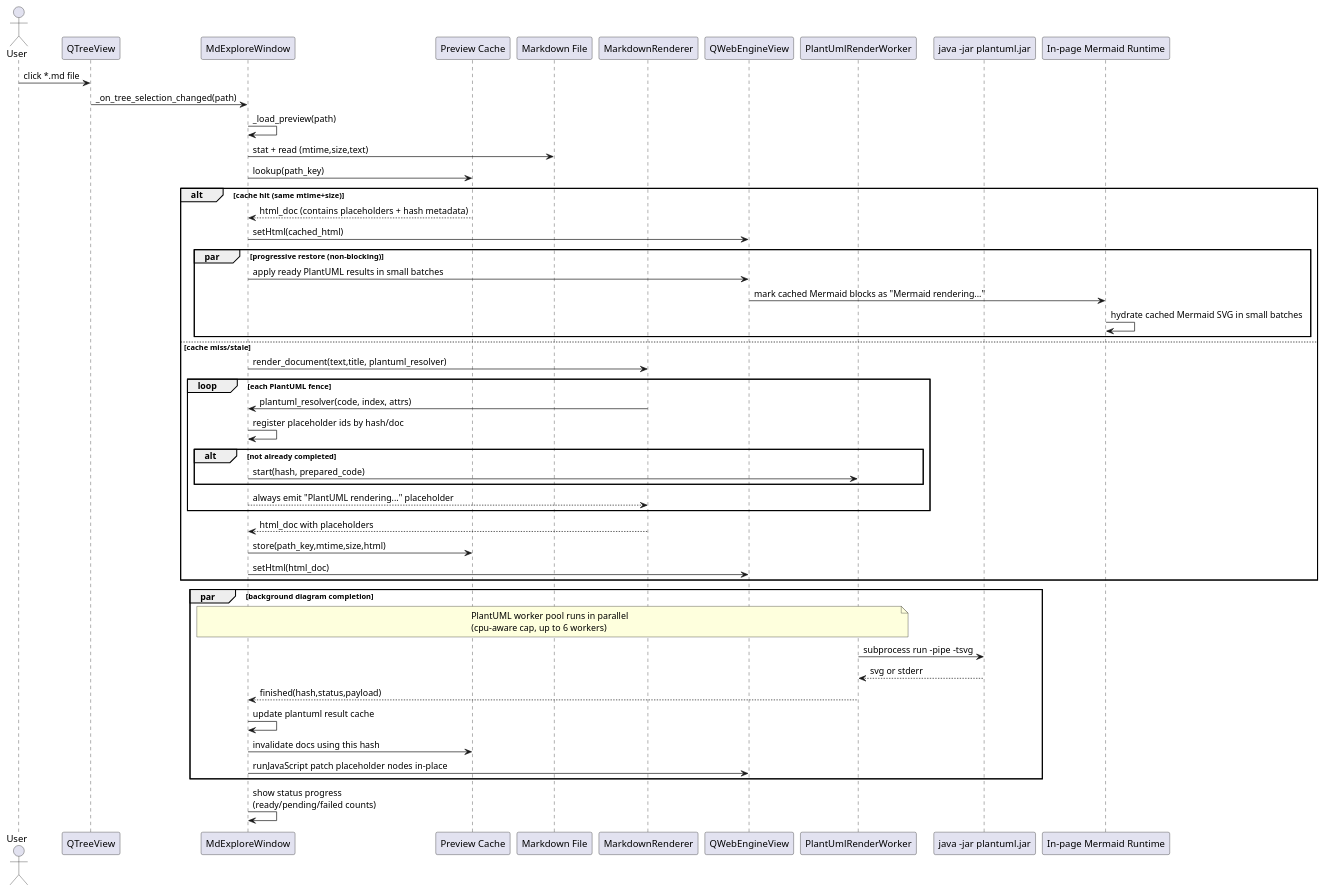
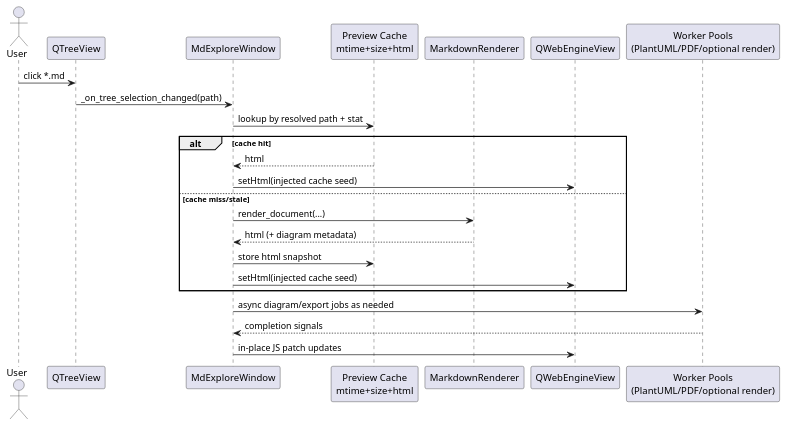
One commit to ngpepin/mdexplore changed the fourth of 8 diagrams in UML.md. Above: the diagram before and after it, drawn with PlantUML. The commit also changed other lines of this file and 3 other files, not shown here.

Commit message:
Documentation improvements - especially in regards to render paths and caching (GUI vs. PDF; JS Mermaid vs. Rust-based Mermaid, etc.)

````diff
--- a/UML.md
+++ b/UML.md
@@ -243,58 +251,29 @@
 ```plantuml
 @startuml
 actor User
 participant "QTreeView" as Tree
 participant "MdExploreWindow" as Win
-participant "Preview Cache" as Cache
-participant "Markdown File" as File
+participant "Preview Cache\nmtime+size+html" as Cache
 participant "MarkdownRenderer" as Renderer
 participant "QWebEngineView" as Web
-participant "PlantUmlRenderWorker" as PumlWorker
-participant "java -jar plantuml.jar" as PlantJar
-participant "In-page Mermaid Runtime" as MermaidJs
+participant "Worker Pools\n(PlantUML/PDF/optional render)" as Pools
 
-User -> Tree : click *.md file
+User -> Tree : click *.md
 Tree -> Win : _on_tree_selection_changed(path)
-Win -> Win : _load_preview(path)
-Win -> File : stat + read (mtime,size,text)
-Win -> Cache : lookup(path_key)
+Win -> Cache : lookup by resolved path + stat
 
-alt cache hit (same mtime+size)
-  Cache --> Win : html_doc (contains placeholders + hash metadata)
-  Win -> Web : setHtml(cached_html)
-  par progressive restore (non-blocking)
-    Win -> Web : apply ready PlantUML results in small batches
-    Web -> MermaidJs : mark cached Mermaid blocks as "Mermaid rendering..."
-    MermaidJs -> MermaidJs : hydrate cached Mermaid SVG in small batches
-  end
+alt cache hit
+  Cache --> Win : html
+  Win -> Web : setHtml(injected cache seed)
 else cache miss/stale
-  Win -> Renderer : render_document(text,title, plantuml_resolver)
-  loop each PlantUML fence
-    Renderer -> Win : plantuml_resolver(code, index, attrs)
-    Win -> Win : register placeholder ids by hash/doc
-    alt not already completed
-      Win -> PumlWorker : start(hash, prepared_code)
-    end
-    Win --> Renderer : always emit "PlantUML rendering..." placeholder
-  end
-  Renderer --> Win : html_doc with placeholders
-  Win -> Cache : store(path_key,mtime,size,html)
-  Win -> Web : setHtml(html_doc)
+  Win -> Renderer : render_document(...)
+  Renderer --> Win : html (+ diagram metadata)
+  Win -> Cache : store html snapshot
+  Win -> Web : setHtml(injected cache seed)
 end
 
-par background diagram completion
-  note over Win,PumlWorker
-    PlantUML worker pool runs in parallel
-    (cpu-aware cap, up to 6 workers)
-  end note
-  PumlWorker -> PlantJar : subprocess run -pipe -tsvg
-  PlantJar --> PumlWorker : svg or stderr
-  PumlWorker --> Win : finished(hash,status,payload)
-  Win -> Win : update plantuml result cache
-  Win -> Cache : invalidate docs using this hash
-  Win -> Web : runJavaScript patch placeholder nodes in-place
-end
-
-Win -> Win : show status progress\n(ready/pending/failed counts)
+Win -> Pools : async diagram/export jobs as needed
+Pools --> Win : completion signals
+Win -> Web : in-place JS patch updates
 @enduml
 ```
````
